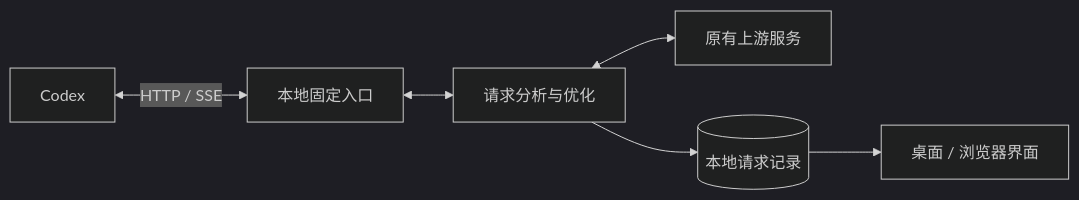
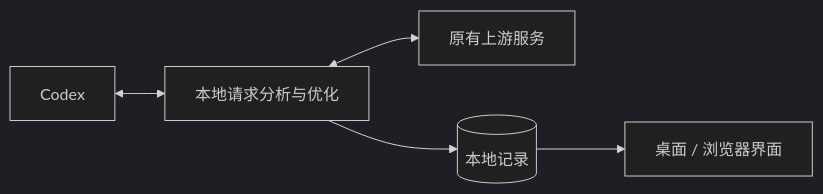
The diagram in README.md (qzz1008-glitch/codex-request-optimizer), drawn with Mermaid (dark theme) before and after one commit. The commit also changed other lines of this file and 2 other files, not shown here.

````diff
--- a/README.md
+++ b/README.md
@@ -134,8 +130,7 @@
 ```mermaid
 flowchart LR
-    A["Codex"] <-->|HTTP / SSE| B["本地固定入口"]
-    B <--> C["请求分析与优化"]
-    C <--> D["原有上游服务"]
-    C --> E[("本地请求记录")]
-    E --> F["桌面 / 浏览器界面"]
+    A["Codex"] <--> B["本地请求分析与优化"]
+    B <--> C["原有上游服务"]
+    B --> D[("本地记录")]
+    D --> E["桌面 / 浏览器界面"]
 ```
````
